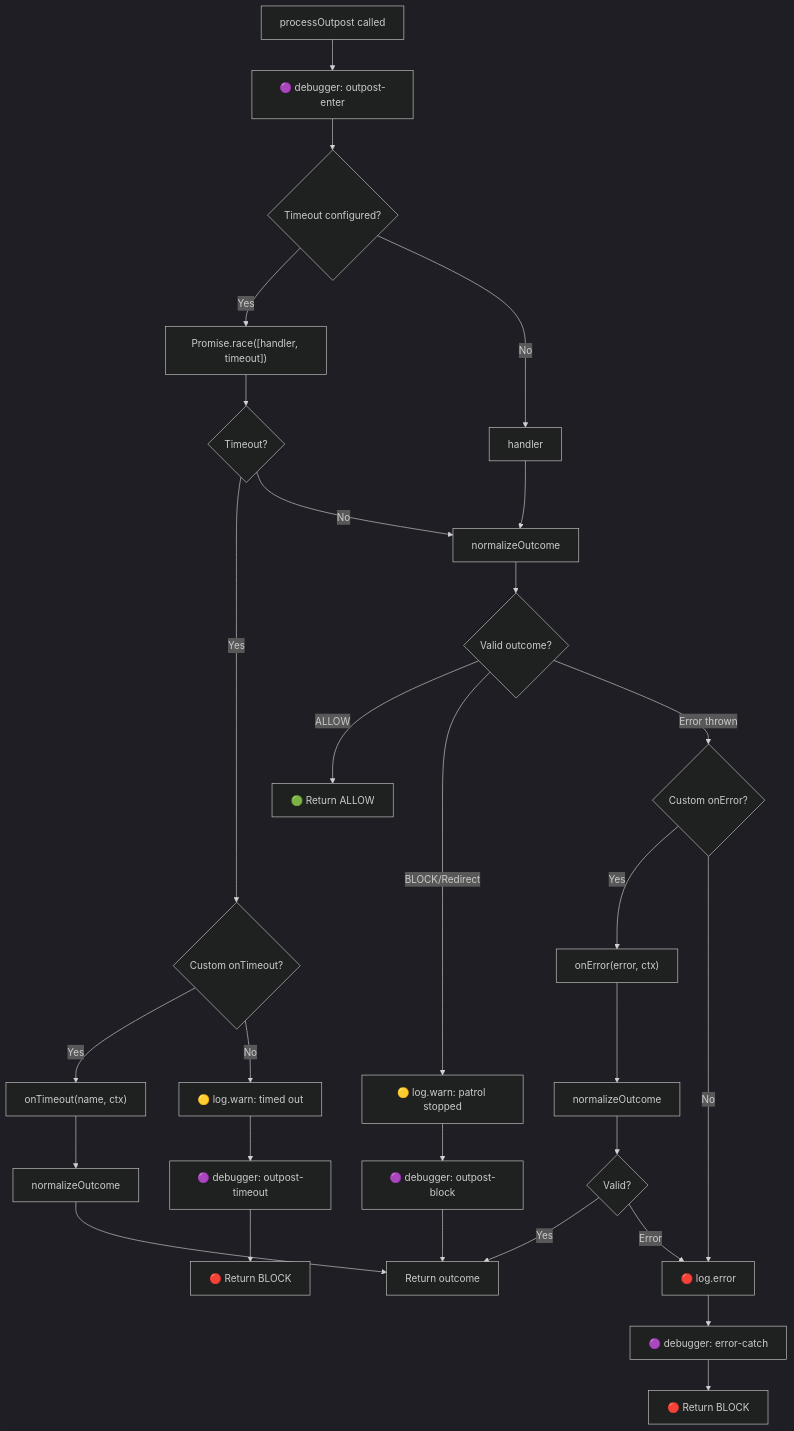
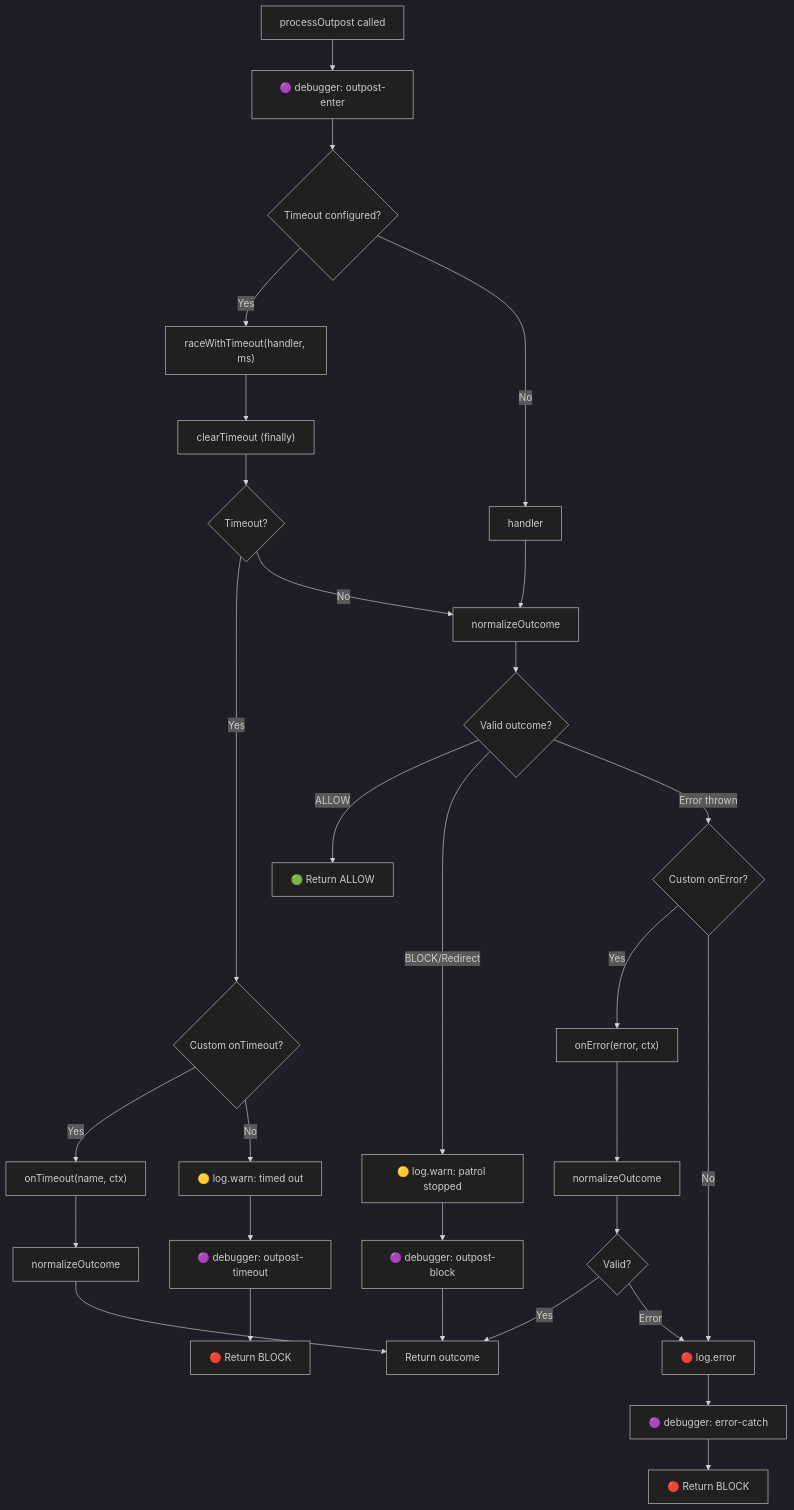
Before and after one commit to Kassaila/vue-router-citadel: the second of 3 diagrams in docs/advanced/architecture.md, drawn with Mermaid (dark theme). The commit also changed 6 other files, not shown here.

````diff
--- a/docs/advanced/architecture.md
+++ b/docs/advanced/architecture.md
@@ -43,42 +43,43 @@
 ```mermaid
 flowchart TD
     A[processOutpost called] --> DBG1[🟣 debugger: outpost-enter]
     DBG1 --> T{Timeout configured?}
 
-    T -->|Yes| RACE["Promise.race([handler, timeout])"]
+    T -->|Yes| RACE["raceWithTimeout(handler, ms)"]
     T -->|No| B[handler]
 
-    RACE --> TO{Timeout?}
+    RACE --> CLR["clearTimeout (finally)"]
+    CLR --> TO{Timeout?}
     TO -->|Yes| TOH{Custom onTimeout?}
     TO -->|No| C
 
     B --> C[normalizeOutcome]
 
     TOH -->|Yes| TOC["onTimeout(name, ctx)"]
     TOH -->|No| TOLOG[🟡 log.warn: timed out]
     TOLOG --> TODBG[🟣 debugger: outpost-timeout]
     TODBG --> TOK[🔴 Return BLOCK]
 
     TOC --> TON[normalizeOutcome]
     TON --> F
 
     C --> D{Valid outcome?}
 
     D -->|ALLOW| E[🟢 Return ALLOW]
     D -->|BLOCK/Redirect| LOG1[🟡 log.warn: patrol stopped]
     LOG1 --> DBG2[🟣 debugger: outpost-block]
     DBG2 --> F[Return outcome]
 
     D -->|Error thrown| G{Custom onError?}
 
     G -->|Yes| H["onError(error, ctx)"]
     G -->|No| LOG2[🔴 log.error]
 
     H --> I[normalizeOutcome]
     I --> J{Valid?}
     J -->|Yes| F
     J -->|Error| LOG2
 
     LOG2 --> DBG3[🟣 debugger: error-catch]
     DBG3 --> K[🔴 Return BLOCK]
 ```
````
